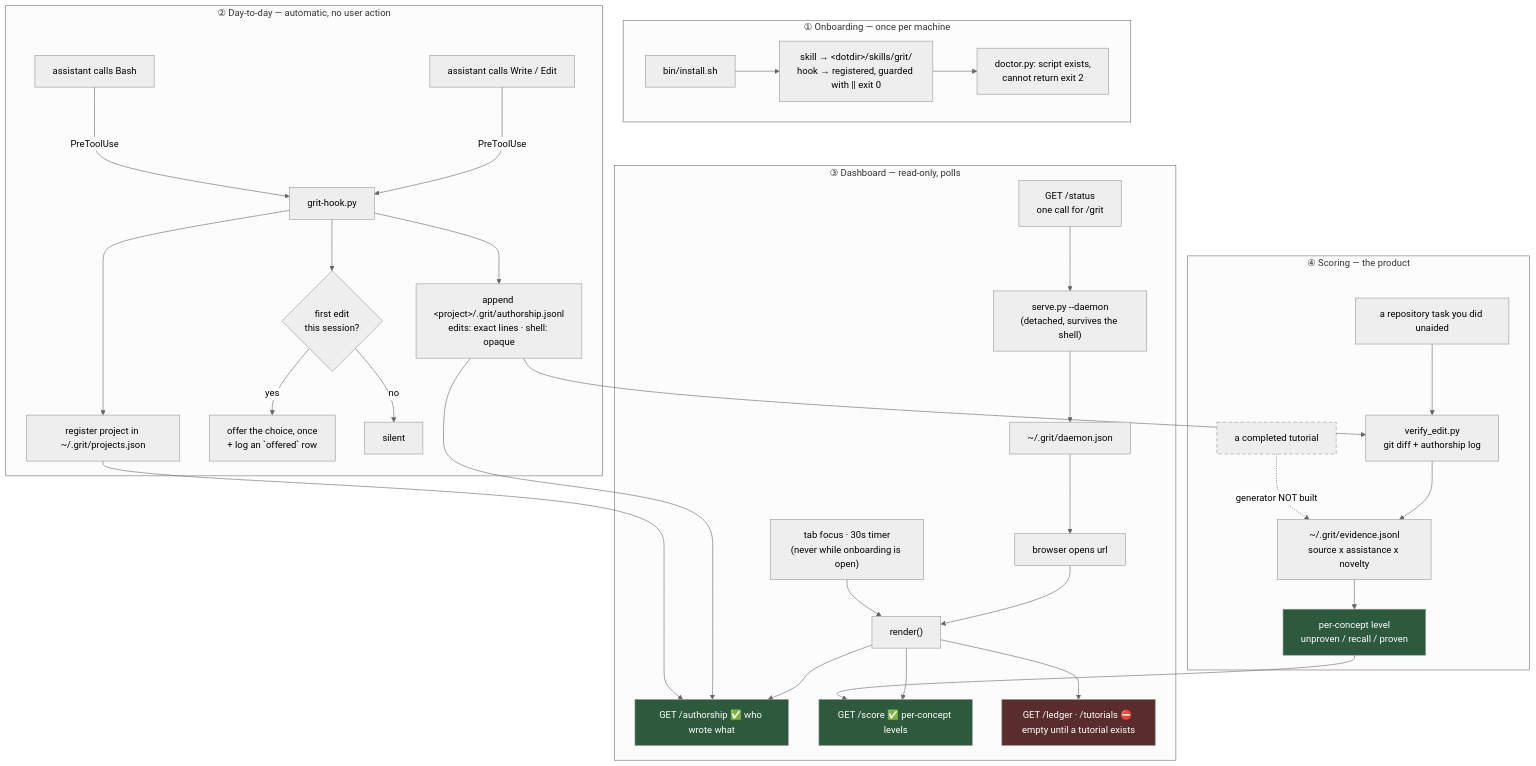
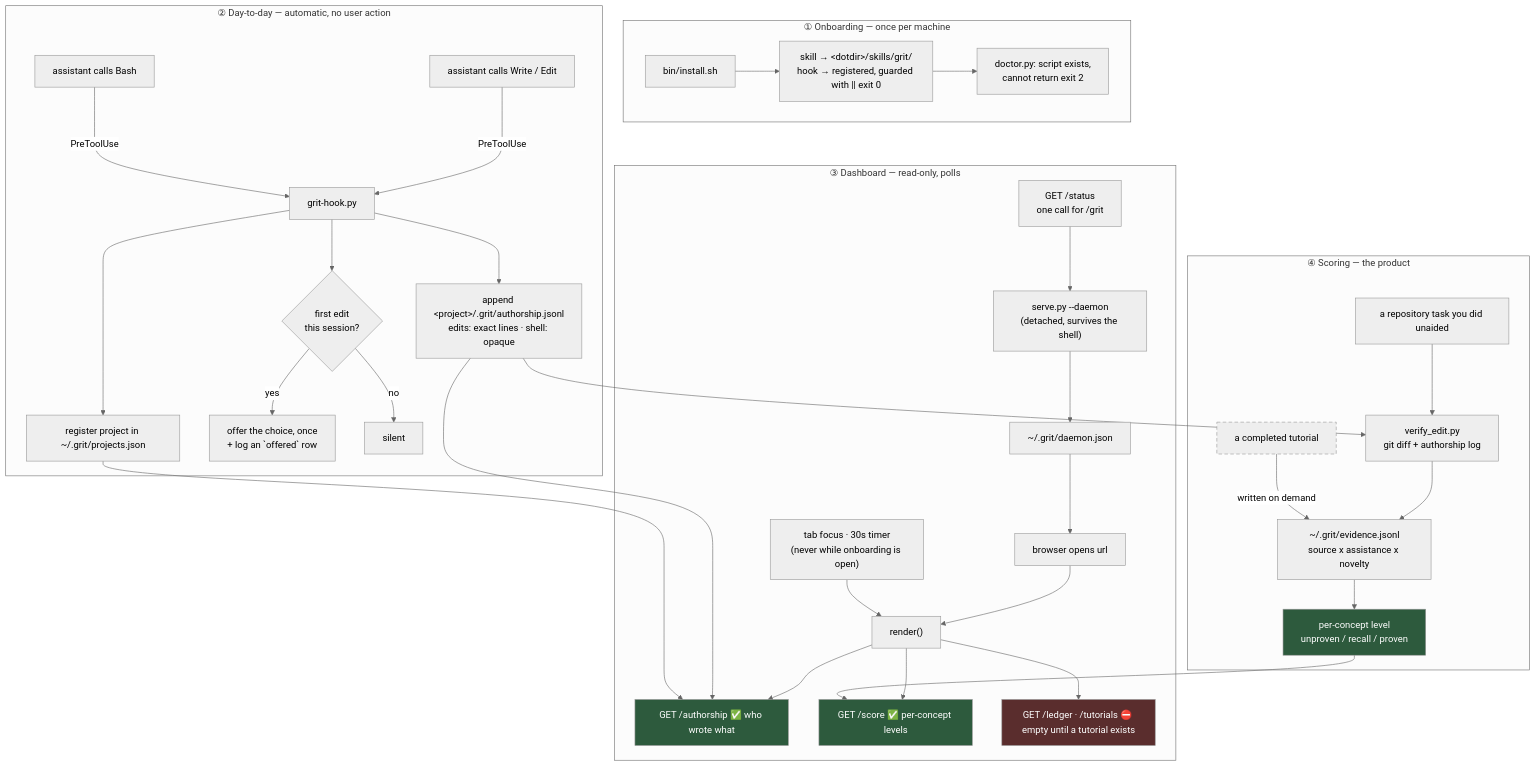
The diagram in docs/adr/0008-dashboard-polls-files-it-does-not-push.md (state-alchemists/grit), drawn with Mermaid (neutral theme) before and after one commit. The commit also changed 12 other files, not shown here.

````diff
--- a/docs/adr/0008-dashboard-polls-files-it-does-not-push.md
+++ b/docs/adr/0008-dashboard-polls-files-it-does-not-push.md
@@ -23,46 +23,46 @@
 ```mermaid
 flowchart TD
     subgraph ONCE ["① Onboarding — once per machine"]
         I["bin/install.sh"] --> I2["skill → &lt;dotdir&gt;/skills/grit/<br/>hook → registered, guarded with || exit 0"]
         I2 --> D0["doctor.py: script exists,<br/>cannot return exit 2"]
     end
 
     subgraph DAY ["② Day-to-day — automatic, no user action"]
         W["assistant calls Write / Edit"] -->|PreToolUse| H["grit-hook.py"]
         B["assistant calls Bash"] -->|PreToolUse| H
         H --> H1["append &lt;project&gt;/.grit/authorship.jsonl<br/>edits: exact lines · shell: opaque"]
         H --> H2["register project in ~/.grit/projects.json"]
         H --> H3{"first edit<br/>this session?"}
         H3 -->|yes| ASK["offer the choice, once<br/>+ log an `offered` row"]
         H3 -->|no| SILENT["silent"]
     end
 
     subgraph DASH ["③ Dashboard — read-only, polls"]
         S["serve.py --daemon<br/>(detached, survives the shell)"] --> S1["~/.grit/daemon.json"]
         S1 --> P["browser opens url"]
         P --> R["render()"]
         R --> A1["GET /authorship ✅ who wrote what"]
         R --> A2["GET /score ✅ per-concept levels"]
         R --> A3["GET /ledger · /tutorials ⛔ empty until a tutorial exists"]
         REFRESH["tab focus · 30s timer<br/>(never while onboarding is open)"] --> R
         STATUS["GET /status<br/>one call for /grit"] --> S
     end
 
     subgraph SCORE ["④ Scoring — the product"]
         TASK["a repository task you did unaided"] --> VE["verify_edit.py<br/>git diff + authorship log"]
         VE --> EV["~/.grit/evidence.jsonl<br/>source x assistance x novelty"]
-        TUT["a completed tutorial"] -.->|generator NOT built| EV
+        TUT["a completed tutorial"] -->|written on demand| EV
         EV --> LV["per-concept level<br/>unproven / recall / proven"]
     end
 
     H1 --> A1
     H2 --> A1
     H1 --> VE
     LV --> A2
 
     style TUT stroke-dasharray: 6 4
     style A1 fill:#2d5a3d,color:#fff
     style A2 fill:#2d5a3d,color:#fff
     style A3 fill:#5a2d2d,color:#fff
     style LV fill:#2d5a3d,color:#fff
 ```
````
